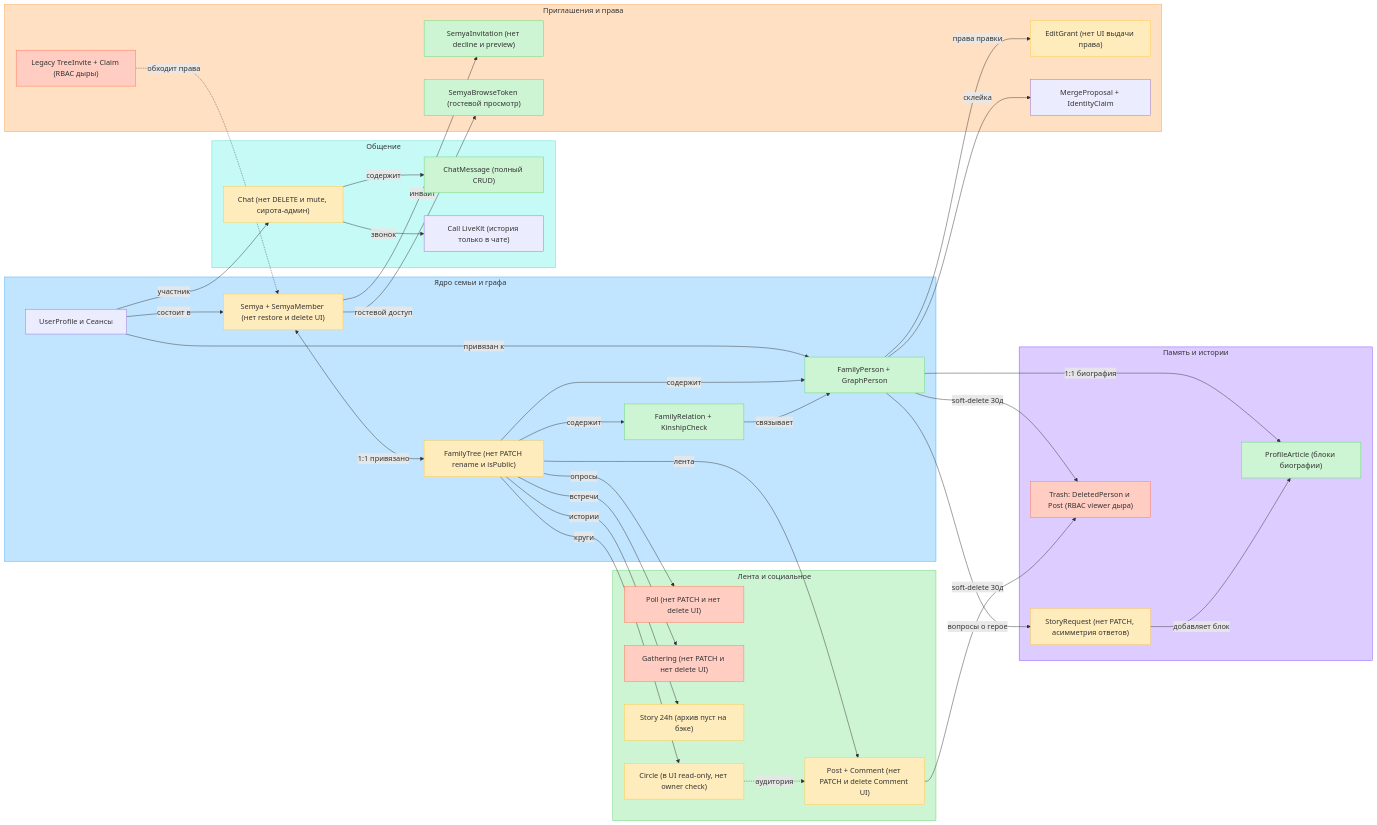
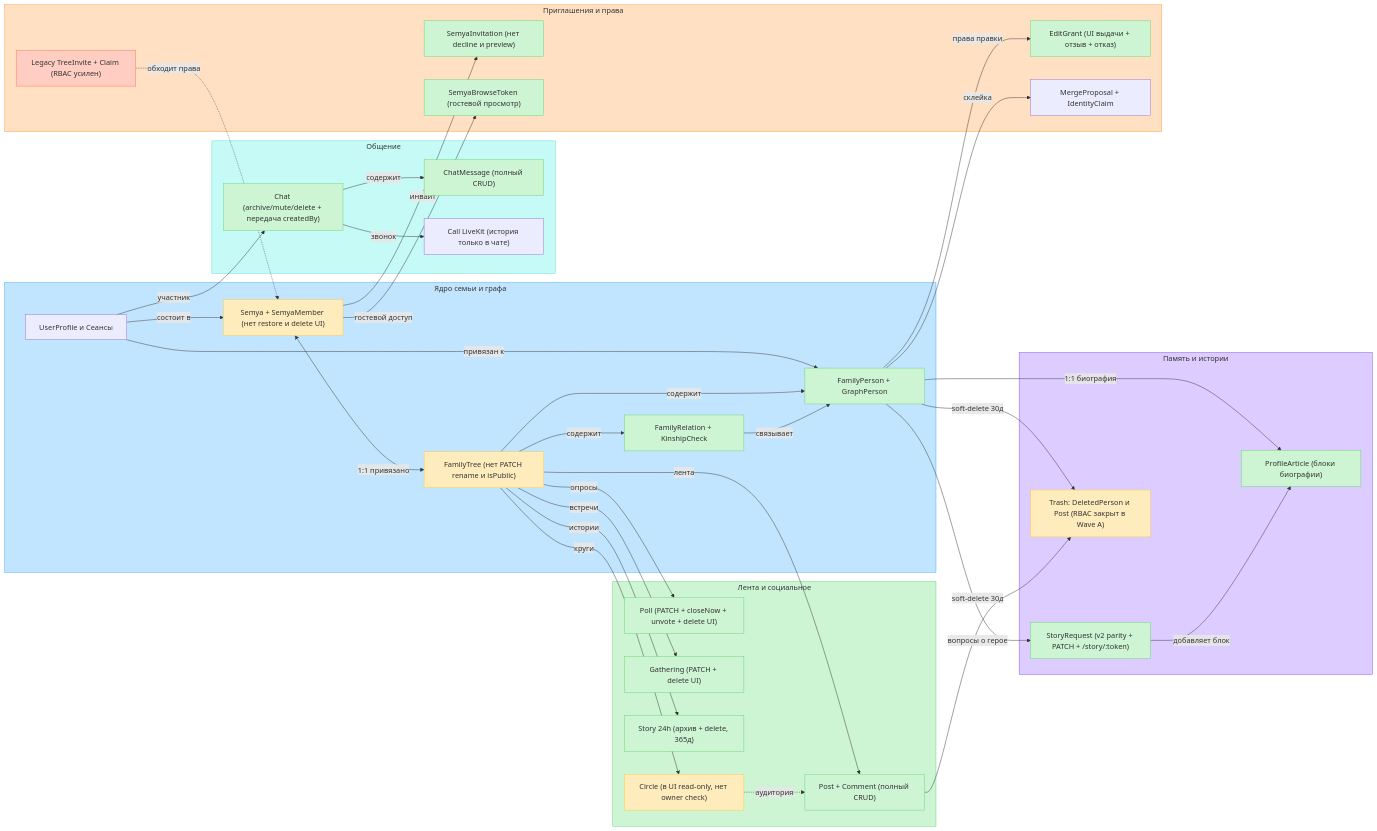
The first of 2 diagrams in docs/rodnya-app-map.md (Fodders-Dev/rodnya-tree-app), drawn with Mermaid before and after one commit. The commit also changed other lines of this file and 56 other files, not shown here.

Commit message:
feat(wave-b2a): complete EditGrant UI, Chat lifecycle, StoryArchive, and StoryRequest v2 parity

````diff
--- a/docs/rodnya-app-map.md
+++ b/docs/rodnya-app-map.md
@@ -17,81 +17,81 @@
 ```mermaid
 flowchart LR
     subgraph sgCore ["Ядро семьи и графа"]
         userProfile["UserProfile и Сеансы"]
         semyaEntity["Semya + SemyaMember (нет restore и delete UI)"]
         familyTree["FamilyTree (нет PATCH rename и isPublic)"]
         familyPerson["FamilyPerson + GraphPerson"]
         familyRelation["FamilyRelation + KinshipCheck"]
     end
 
     subgraph sgMemory ["Память и истории"]
         profileArticle["ProfileArticle (блоки биографии)"]
-        storyRequest["StoryRequest (нет PATCH, асимметрия ответов)"]
-        trashEntity["Trash: DeletedPerson и Post (RBAC viewer дыра)"]
+        storyRequest["StoryRequest (v2 parity + PATCH + /story/:token)"]
+        trashEntity["Trash: DeletedPerson и Post (RBAC закрыт в Wave A)"]
     end
 
     subgraph sgFeedEntities ["Лента и социальное"]
-        postEntity["Post + Comment (нет PATCH и delete Comment UI)"]
-        pollEntity["Poll (нет PATCH и нет delete UI)"]
-        gatheringEntity["Gathering (нет PATCH и нет delete UI)"]
-        story24h["Story 24h (архив пуст на бэке)"]
+        postEntity["Post + Comment (полный CRUD)"]
+        pollEntity["Poll (PATCH + closeNow + unvote + delete UI)"]
+        gatheringEntity["Gathering (PATCH + delete UI)"]
+        story24h["Story 24h (архив + delete, 365д)"]
         circleEntity["Circle (в UI read-only, нет owner check)"]
     end
 
     subgraph sgCommEntities ["Общение"]
-        chatEntity["Chat (нет DELETE и mute, сирота-админ)"]
+        chatEntity["Chat (archive/mute/delete + передача createdBy)"]
         chatMessage["ChatMessage (полный CRUD)"]
         callEntity["Call LiveKit (история только в чате)"]
     end
 
     subgraph sgAccess ["Приглашения и права"]
         semyaInvite["SemyaInvitation (нет decline и preview)"]
         browseToken["SemyaBrowseToken (гостевой просмотр)"]
-        editGrant["EditGrant (нет UI выдачи права)"]
-        legacyInvite["Legacy TreeInvite + Claim (RBAC дыры)"]
+        editGrant["EditGrant (UI выдачи + отзыв + отказ)"]
+        legacyInvite["Legacy TreeInvite + Claim (RBAC усилен)"]
         mergeIdentity["MergeProposal + IdentityClaim"]
     end
 
     userProfile -->|"состоит в"| semyaEntity
     userProfile -->|"привязан к"| familyPerson
     semyaEntity <-->|"1:1 привязано"| familyTree
     familyTree -->|"содержит"| familyPerson
     familyTree -->|"содержит"| familyRelation
     familyRelation -->|"связывает"| familyPerson
     familyPerson -->|"1:1 биография"| profileArticle
     familyPerson -->|"вопросы о герое"| storyRequest
     storyRequest -->|"добавляет блок"| profileArticle
     familyPerson -->|"soft-delete 30д"| trashEntity
 
     familyTree -->|"лента"| postEntity
     familyTree -->|"опросы"| pollEntity
     familyTree -->|"встречи"| gatheringEntity
     familyTree -->|"истории"| story24h
     familyTree -->|"круги"| circleEntity
     circleEntity -.->|"аудитория"| postEntity
     postEntity -->|"soft-delete 30д"| trashEntity
 
     userProfile -->|"участник"| chatEntity
     chatEntity -->|"содержит"| chatMessage
     chatEntity -->|"звонок"| callEntity
 
     semyaEntity -->|"инвайт"| semyaInvite
     semyaEntity -->|"гостевой доступ"| browseToken
     familyPerson -->|"права правки"| editGrant
     familyPerson -->|"склейка"| mergeIdentity
     legacyInvite -.->|"обходит права"| semyaEntity
 
     classDef ok fill:#CDF4D3,stroke:#66D575
     classDef warn fill:#FFECBD,stroke:#FFC943
     classDef crit fill:#FFCDC2,stroke:#FF7556
 
-    class familyPerson,familyRelation,profileArticle,chatMessage,semyaInvite,browseToken ok
-    class semyaEntity,familyTree,storyRequest,postEntity,story24h,circleEntity,chatEntity,editGrant warn
-    class trashEntity,pollEntity,gatheringEntity,legacyInvite crit
+    class familyPerson,familyRelation,profileArticle,storyRequest,postEntity,pollEntity,gatheringEntity,story24h,chatEntity,chatMessage,editGrant,semyaInvite,browseToken ok
+    class semyaEntity,familyTree,circleEntity,trashEntity warn
+    class legacyInvite crit
 
     style sgCore fill:#C2E5FF,stroke:#3DADFF
     style sgMemory fill:#DCCCFF,stroke:#874FFF
     style sgFeedEntities fill:#CDF4D3,stroke:#66D575
     style sgCommEntities fill:#C6FAF6,stroke:#5AD8CC
     style sgAccess fill:#FFE0C2,stroke:#FF9E42
 ```
````
